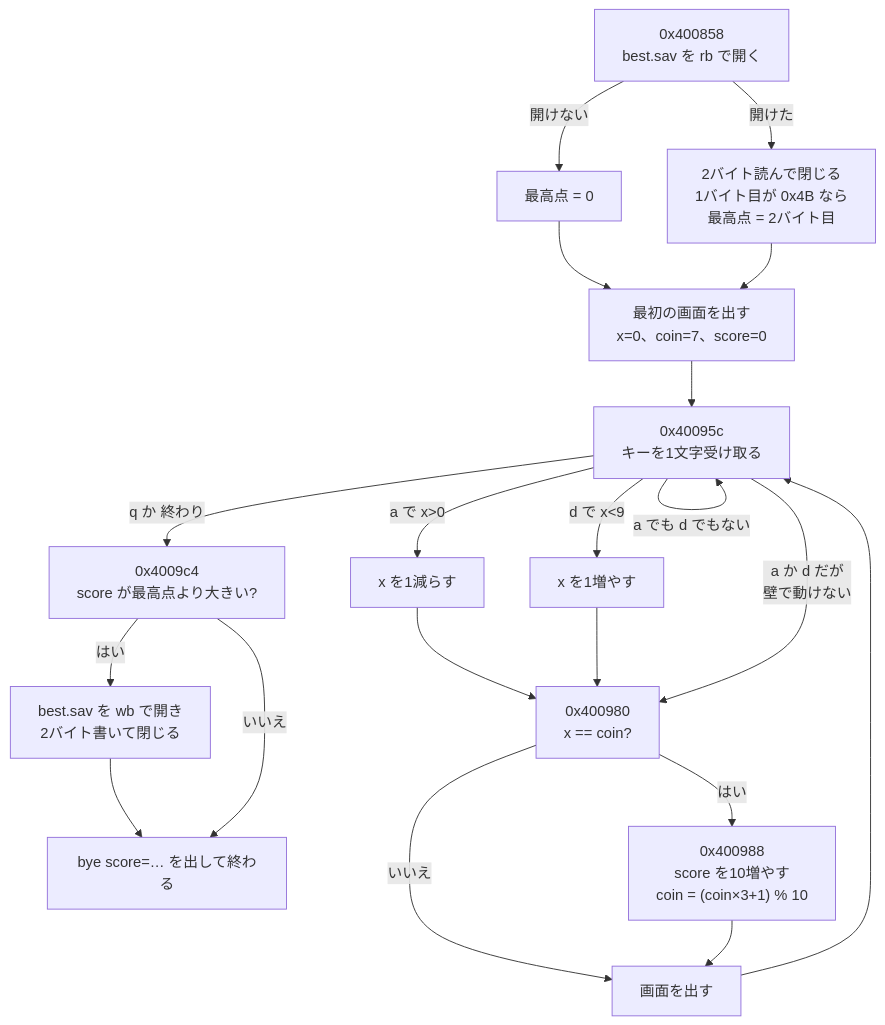
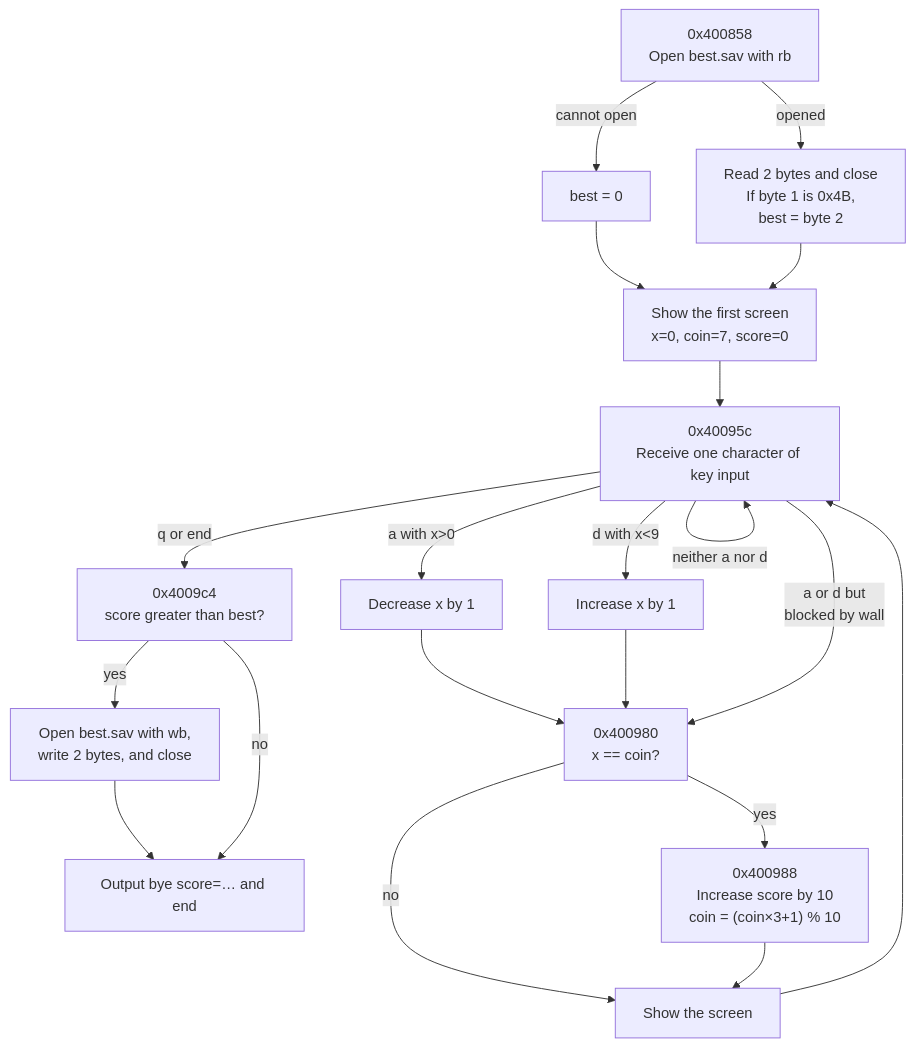
Before and after one commit to kiwamizamurai/gaming: the diagram in articles/23-rea-and-ghidra.md, drawn with Mermaid. The commit also changed other lines of this file and 46 other files, not shown here.

````diff
--- a/articles/23-rea-and-ghidra.md
+++ b/articles/23-rea-and-ghidra.md
@@ -85,22 +85,22 @@
 ```mermaid
 flowchart TD
-  A["0x400858<br>best.sav を rb で開く"] -->|開けない| B0["最高点 = 0"]
-  A -->|開けた| B["2バイト読んで閉じる<br>1バイト目が 0x4B なら<br>最高点 = 2バイト目"]
+  A["0x400858<br>Open best.sav with rb"] -->|cannot open| B0["best = 0"]
+  A -->|opened| B["Read 2 bytes and close<br>If byte 1 is 0x4B,<br>best = byte 2"]
   B0 --> C
-  B --> C["最初の画面を出す<br>x=0、coin=7、score=0"]
-  C --> D["0x40095c<br>キーを1文字受け取る"]
-  D -->|q か 終わり| S["0x4009c4<br>score が最高点より大きい?"]
-  D -->|a で x>0| L["x を1減らす"]
-  D -->|d で x<9| R["x を1増やす"]
-  D -->|a でも d でもない| D
-  D -->|a か d だが<br>壁で動けない| H
+  B --> C["Show the first screen<br>x=0, coin=7, score=0"]
+  C --> D["0x40095c<br>Receive one character of key input"]
+  D -->|q or end| S["0x4009c4<br>score greater than best?"]
+  D -->|a with x>0| L["Decrease x by 1"]
+  D -->|d with x<9| R["Increase x by 1"]
+  D -->|neither a nor d| D
+  D -->|a or d but<br>blocked by wall| H
   L --> H["0x400980<br>x == coin?"]
   R --> H
-  H -->|いいえ| W["画面を出す"]
-  H -->|はい| P["0x400988<br>score を10増やす<br>coin = (coin×3+1) % 10"]
+  H -->|no| W["Show the screen"]
+  H -->|yes| P["0x400988<br>Increase score by 10<br>coin = (coin×3+1) % 10"]
   P --> W
   W --> D
-  S -->|はい| V["best.sav を wb で開き<br>2バイト書いて閉じる"]
-  S -->|いいえ| E["bye score=… を出して終わる"]
+  S -->|yes| V["Open best.sav with wb,<br>write 2 bytes, and close"]
+  S -->|no| E["Output bye score=… and end"]
   V --> E
 ```
````
